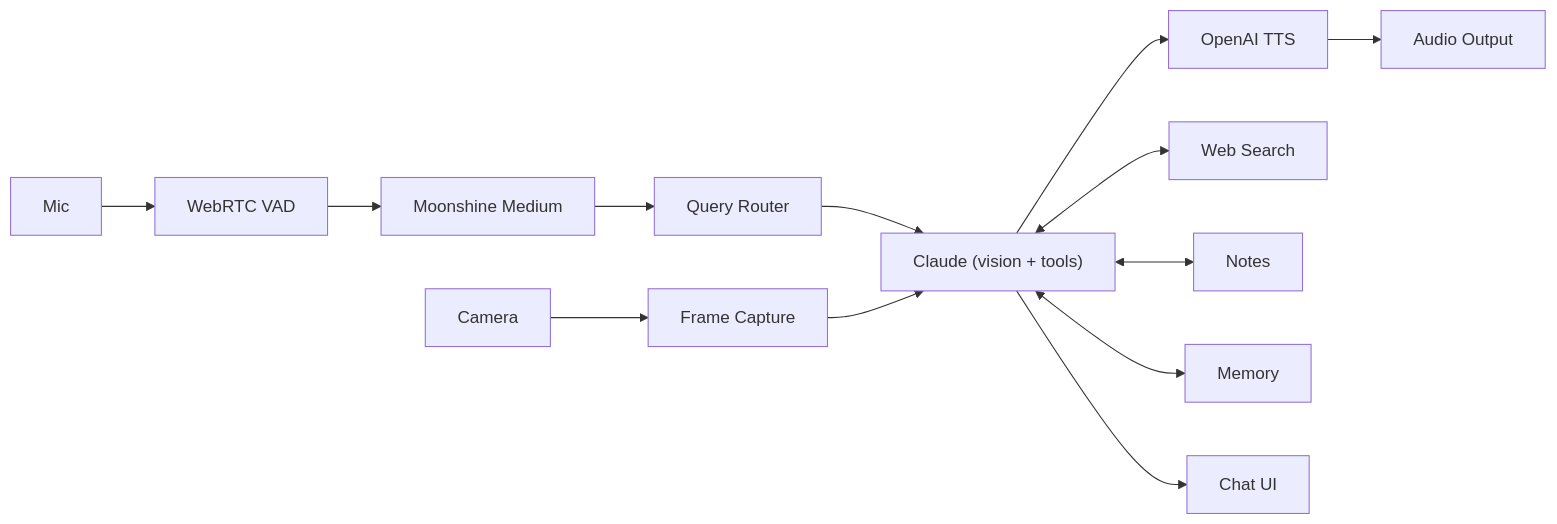
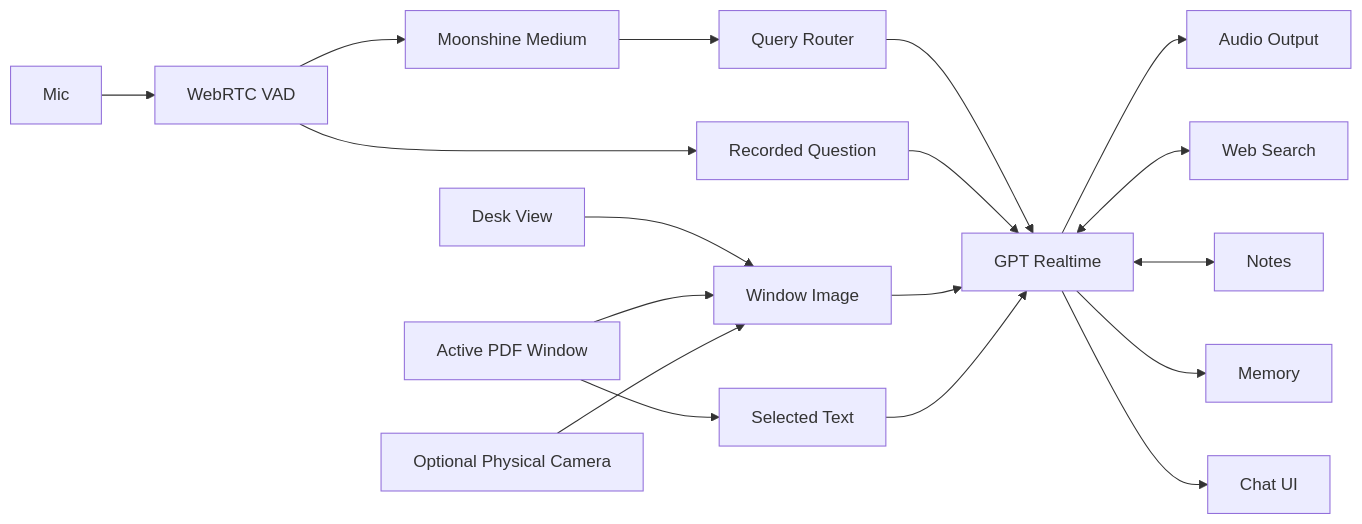
One commit to bgigurtsis/Klaus changed the first of 2 diagrams in README.md. Above: the diagram before and after it, drawn with Mermaid. The commit also changed other lines of this file and 42 other files, not shown here.

First line of the commit message:
feat: add Realtime paper and PDF reading workflows

````diff
--- a/README.md
+++ b/README.md
@@ -199,15 +203,20 @@
 ```mermaid
 flowchart LR
     Mic --> VAD[WebRTC VAD]
     VAD --> STT[Moonshine Medium]
-    Camera --> Capture[Frame Capture]
+    VAD --> AudioTurn[Recorded Question]
+    DeskView[Desk View] --> Capture[Window Image]
+    PDF[Active PDF Window] --> Selection[Selected Text]
+    PDF --> Capture
+    Camera[Optional Physical Camera] --> Capture
     STT --> Router[Query Router]
-    Router --> Claude["Claude (vision + tools)"]
-    Capture --> Claude
-    Claude --> TTS[OpenAI TTS]
-    TTS --> Output[Audio Output]
-    Claude <--> Tavily[Web Search]
-    Claude <--> Obsidian[Notes]
-    Claude <--> SQLite[Memory]
-    Claude --> ChatUI[Chat UI]
+    Router --> Realtime[GPT Realtime]
+    AudioTurn --> Realtime
+    Capture --> Realtime
+    Selection --> Realtime
+    Realtime --> Output[Audio Output]
+    Realtime <--> Tavily[Web Search]
+    Realtime <--> Obsidian[Notes]
+    Realtime --> SQLite[Memory]
+    Realtime --> ChatUI[Chat UI]
 ```
````
